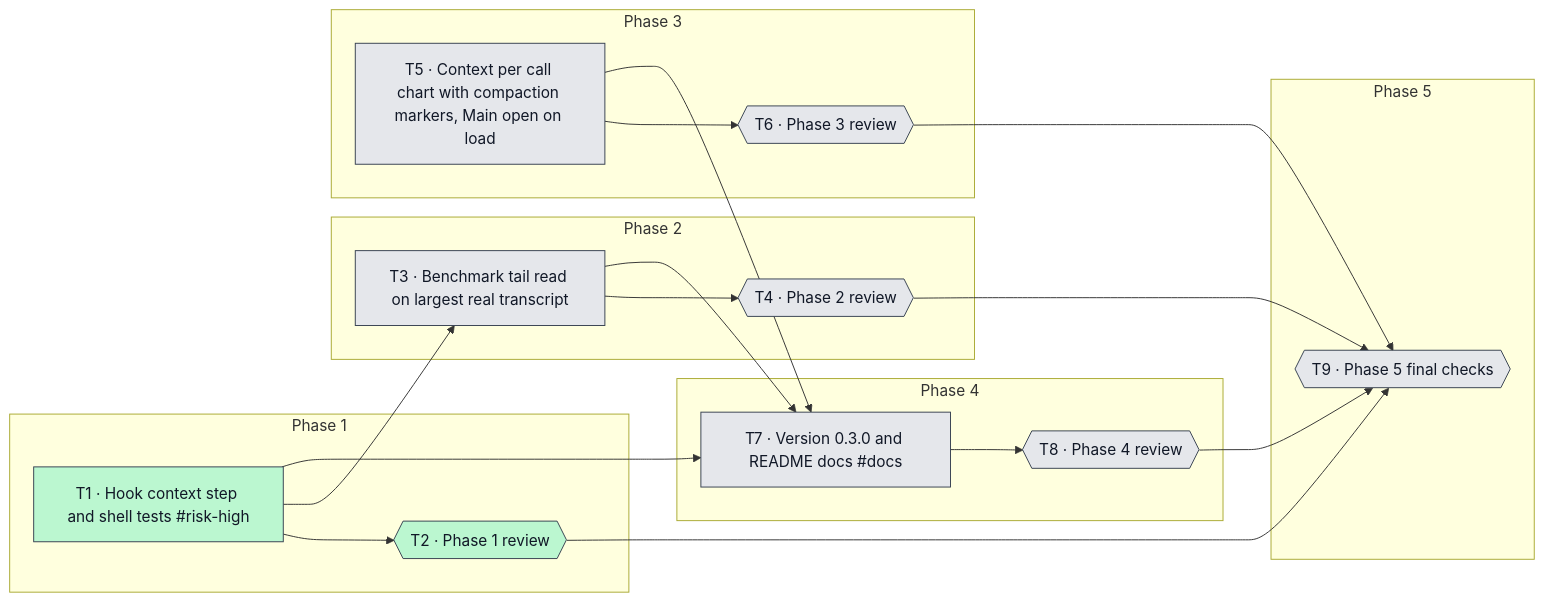
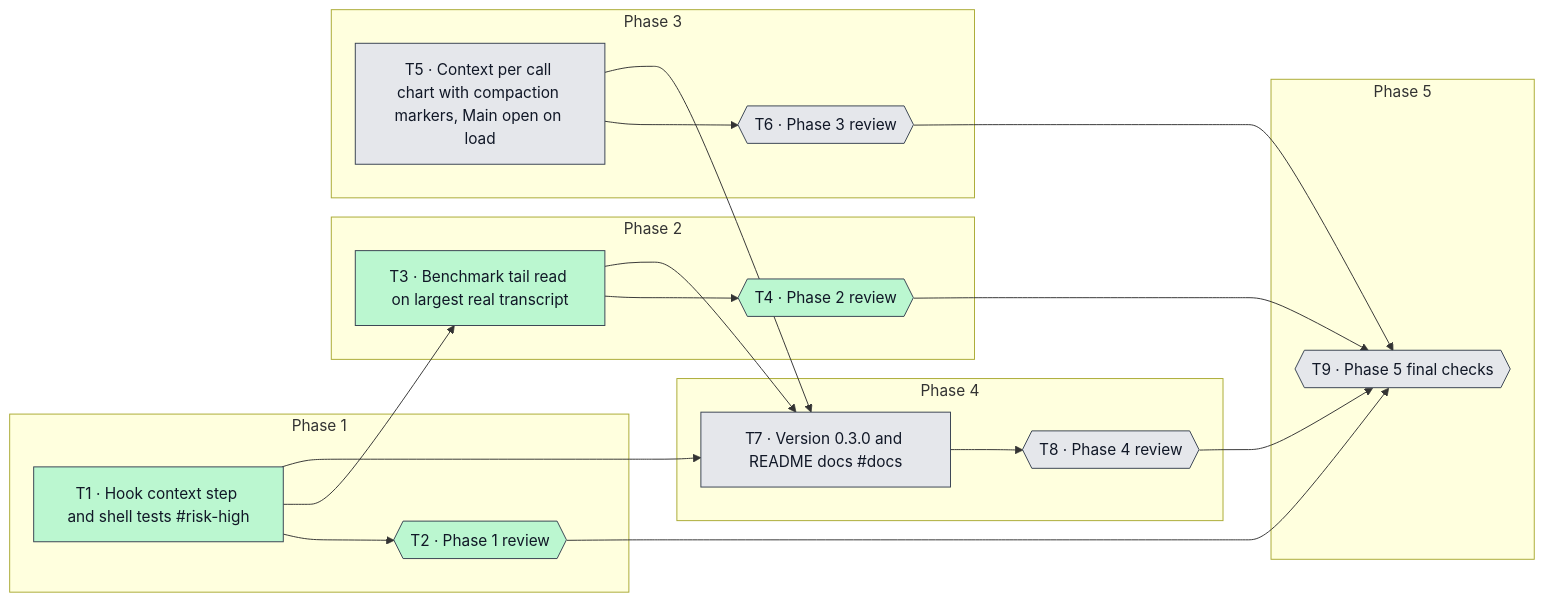
The diagram in .ai/changes/current-context-monitoring-with-compaction/graph.mmd (raqs31/claude-wal-session-viewer), drawn with Mermaid before and after one commit. The commit also changed 7 other files, not shown here.

```diff
--- a/.ai/changes/current-context-monitoring-with-compaction/graph.mmd
+++ b/.ai/changes/current-context-monitoring-with-compaction/graph.mmd
@@ -1,48 +1,48 @@
 flowchart LR
   classDef todo fill:#e5e7eb,stroke:#374151,color:#111827
   classDef in_progress fill:#bfdbfe,stroke:#374151,color:#111827
   classDef review fill:#ddd6fe,stroke:#374151,color:#111827
   classDef blocked fill:#fecaca,stroke:#374151,color:#111827
   classDef user_review fill:#fde68a,stroke:#374151,color:#111827
   classDef done fill:#bbf7d0,stroke:#374151,color:#111827
   classDef declined fill:#f3f4f6,stroke:#374151,color:#111827
   subgraph phase_1["Phase 1"]
     T1["T1 · Hook context step and shell tests #risk-high"]
     T2{{"T2 · Phase 1 review"}}
   end
   subgraph phase_2["Phase 2"]
     T3["T3 · Benchmark tail read on largest real transcript"]
     T4{{"T4 · Phase 2 review"}}
   end
   subgraph phase_3["Phase 3"]
     T5["T5 · Context per call chart with compaction markers, Main open on load"]
     T6{{"T6 · Phase 3 review"}}
   end
   subgraph phase_4["Phase 4"]
     T7["T7 · Version 0.3.0 and README docs #docs"]
     T8{{"T8 · Phase 4 review"}}
   end
   subgraph phase_5["Phase 5"]
     T9{{"T9 · Phase 5 final checks"}}
   end
   T1 --> T2
   T1 --> T3
   T1 --> T7
   T2 --> T9
   T3 --> T4
   T3 --> T7
   T4 --> T9
   T5 --> T6
   T5 --> T7
   T6 --> T9
   T7 --> T8
   T8 --> T9
   class T1 done
   class T2 done
-  class T3 todo
-  class T4 todo
+  class T3 done
+  class T4 done
   class T5 todo
   class T6 todo
   class T7 todo
   class T8 todo
   class T9 todo
```
